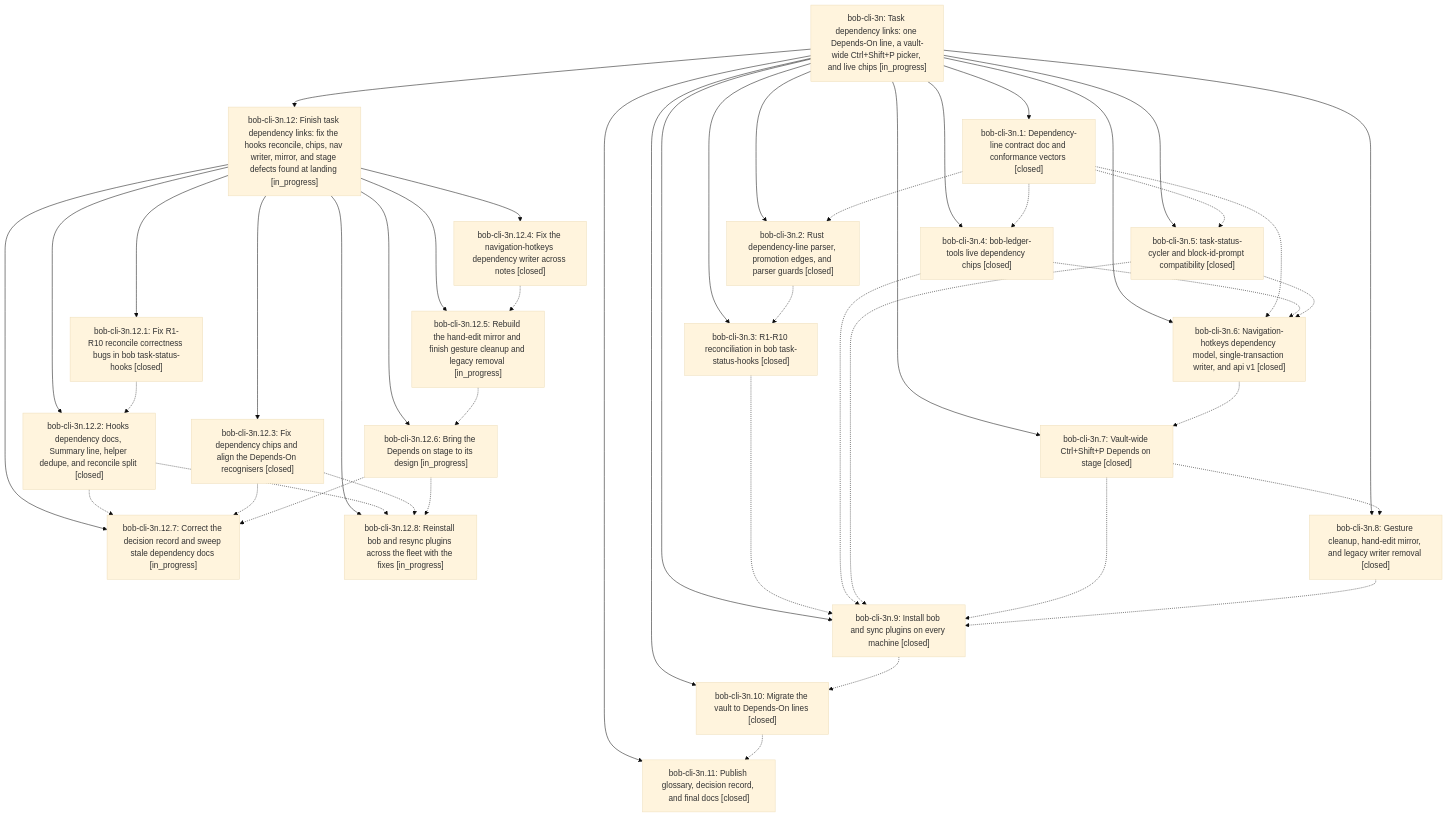
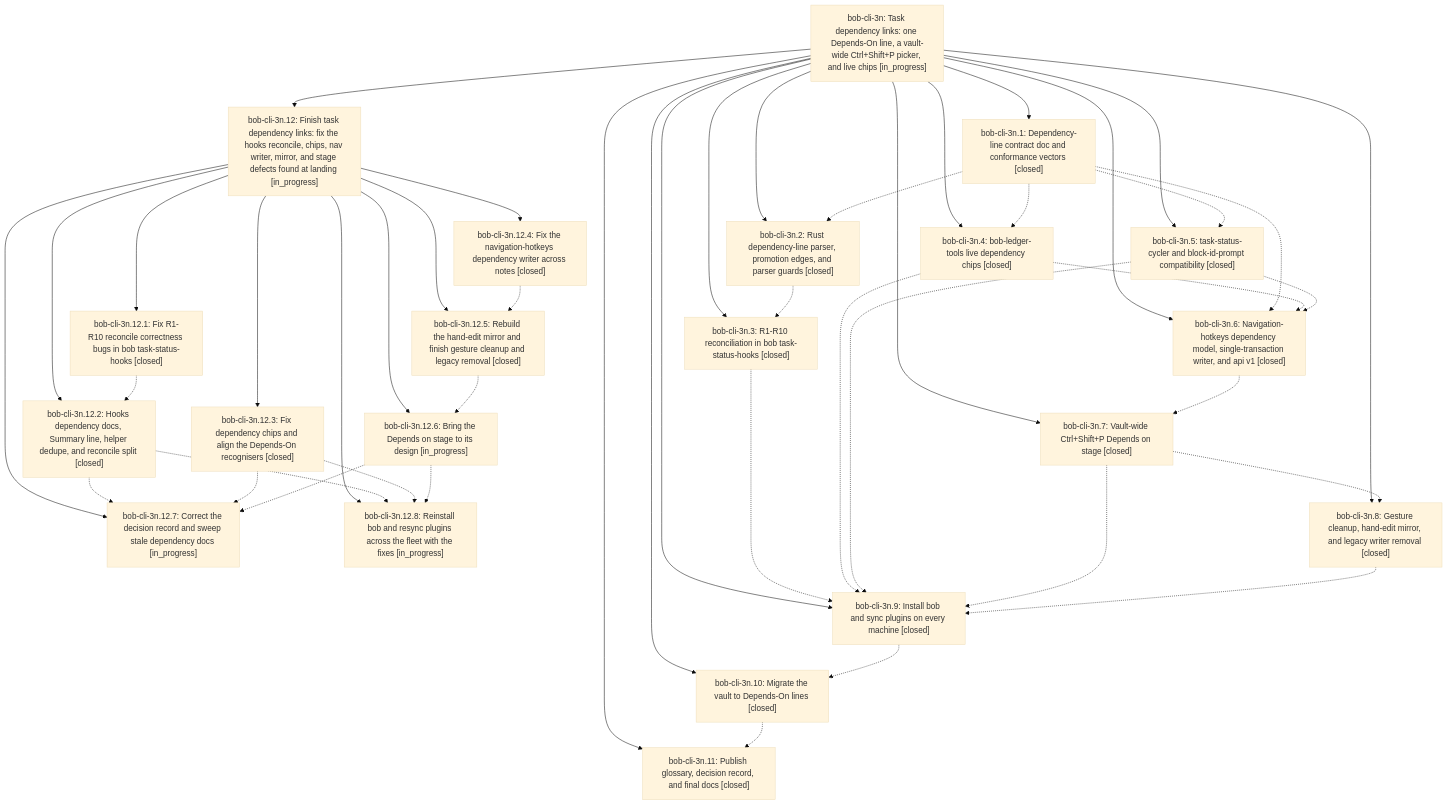
One commit to bobs-org/bob-cli--beads changed the diagram in pages/bob-cli-3n/README.md. Above: the diagram before and after it, drawn with Mermaid (base theme). The commit also changed other lines of this file and 10 other files, not shown here.

First line of the commit message:
chore(beads): sync bead state and pages for bob-cli-3n

````diff
--- a/pages/bob-cli-3n/README.md
+++ b/pages/bob-cli-3n/README.md
@@ -40,69 +40,69 @@
 ```mermaid
 flowchart TD
     n0["bob-cli-3n: Task dependency links: one Depends-On line, a vault-wide Ctrl+Shift+P picker, and live chips [in_progress]"]
     n1["bob-cli-3n.1: Dependency-line contract doc and conformance vectors [closed]"]
     n2["bob-cli-3n.10: Migrate the vault to Depends-On lines [closed]"]
     n3["bob-cli-3n.11: Publish glossary, decision record, and final docs [closed]"]
     n4["bob-cli-3n.12: Finish task dependency links: fix the hooks reconcile, chips, nav writer, mirror, and stage defects found at landing [in_progress]"]
     n5["bob-cli-3n.12.1: Fix R1-R10 reconcile correctness bugs in bob task-status-hooks [closed]"]
     n6["bob-cli-3n.12.2: Hooks dependency docs, Summary line, helper dedupe, and reconcile split [closed]"]
     n7["bob-cli-3n.12.3: Fix dependency chips and align the Depends-On recognisers [closed]"]
     n8["bob-cli-3n.12.4: Fix the navigation-hotkeys dependency writer across notes [closed]"]
-    n9["bob-cli-3n.12.5: Rebuild the hand-edit mirror and finish gesture cleanup and legacy removal [in_progress]"]
+    n9["bob-cli-3n.12.5: Rebuild the hand-edit mirror and finish gesture cleanup and legacy removal [closed]"]
     n10["bob-cli-3n.12.6: Bring the Depends on stage to its design [in_progress]"]
     n11["bob-cli-3n.12.7: Correct the decision record and sweep stale dependency docs [in_progress]"]
     n12["bob-cli-3n.12.8: Reinstall bob and resync plugins across the fleet with the fixes [in_progress]"]
     n13["bob-cli-3n.2: Rust dependency-line parser, promotion edges, and parser guards [closed]"]
     n14["bob-cli-3n.3: R1-R10 reconciliation in bob task-status-hooks [closed]"]
     n15["bob-cli-3n.4: bob-ledger-tools live dependency chips [closed]"]
     n16["bob-cli-3n.5: task-status-cycler and block-id-prompt compatibility [closed]"]
     n17["bob-cli-3n.6: Navigation-hotkeys dependency model, single-transaction writer, and api v1 [closed]"]
     n18["bob-cli-3n.7: Vault-wide Ctrl+Shift+P Depends on stage [closed]"]
     n19["bob-cli-3n.8: Gesture cleanup, hand-edit mirror, and legacy writer removal [closed]"]
     n20["bob-cli-3n.9: Install bob and sync plugins on every machine [closed]"]
     n0 --> n1
     n0 --> n2
     n0 --> n3
     n0 --> n4
     n4 --> n5
     n4 --> n6
     n4 --> n7
     n4 --> n8
     n4 --> n9
     n4 --> n10
     n4 --> n11
     n4 --> n12
     n0 --> n13
     n0 --> n14
     n0 --> n15
     n0 --> n16
     n0 --> n17
     n0 --> n18
     n0 --> n19
     n0 --> n20
     n1 -.-> n13
     n1 -.-> n15
     n1 -.-> n16
     n1 -.-> n17
     n2 -.-> n3
     n5 -.-> n6
     n6 -.-> n11
     n6 -.-> n12
     n7 -.-> n11
     n7 -.-> n12
     n8 -.-> n9
     n9 -.-> n10
     n10 -.-> n11
     n10 -.-> n12
     n13 -.-> n14
     n14 -.-> n20
     n15 -.-> n17
     n15 -.-> n20
     n16 -.-> n17
     n16 -.-> n20
     n17 -.-> n18
     n18 -.-> n19
     n18 -.-> n20
     n19 -.-> n20
     n20 -.-> n2
 ```
````
